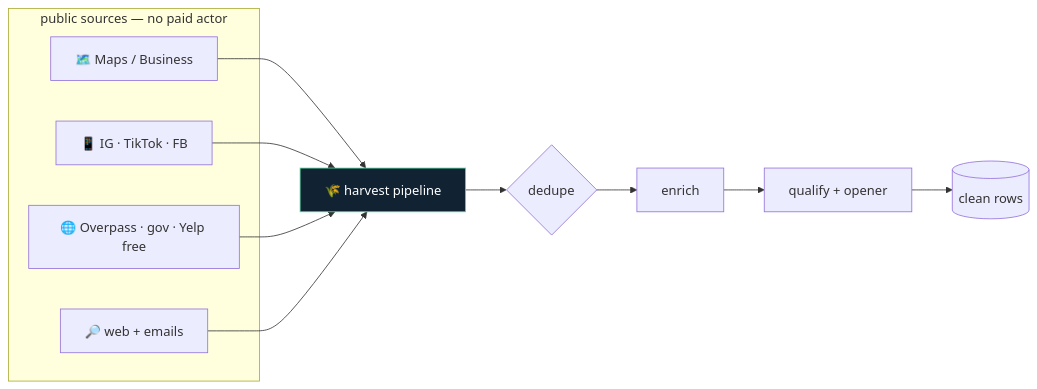
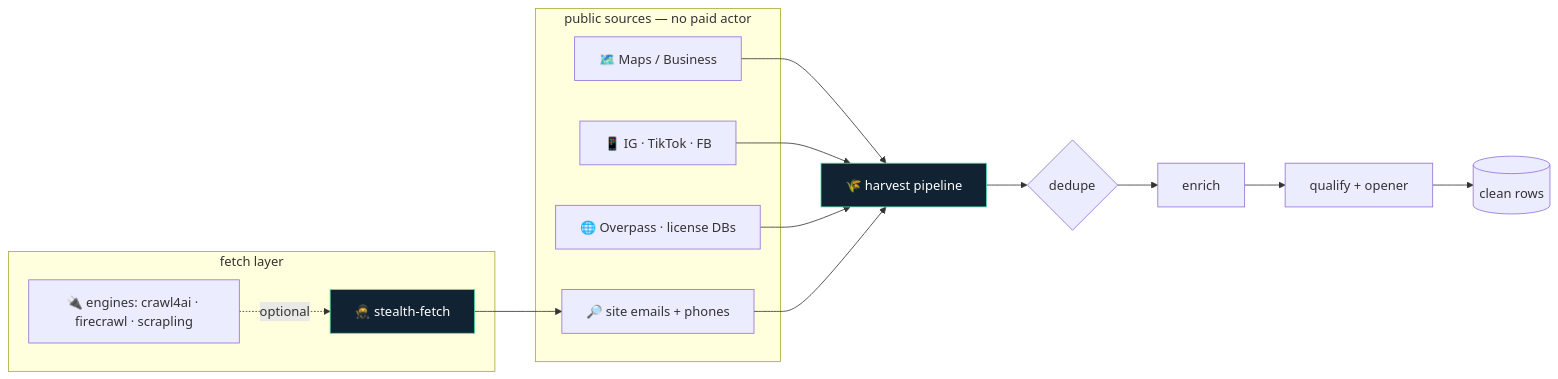
One commit to Wassimyounes01/apify-replacement changed the diagram in README.md. Above: the diagram before and after it, drawn with Mermaid. The commit also changed other lines of this file and 9 other files, not shown here.

Commit message:
feat: open-data scrapers, stealth fetcher + crawl4ai/firecrawl/scrapling engines

````diff
--- a/README.md
+++ b/README.md
@@ -47,19 +50,26 @@
 ```mermaid
 flowchart LR
     subgraph Sources["public sources — no paid actor"]
       M["🗺️ Maps / Business"]
       S["📱 IG · TikTok · FB"]
-      O["🌐 Overpass · gov · Yelp free"]
-      W["🔎 web + emails"]
+      O["🌐 Overpass · license DBs"]
+      W["🔎 site emails + phones"]
     end
+    subgraph Fetch["fetch layer"]
+      SF["🥷 stealth-fetch"]
+      EN["🔌 engines: crawl4ai · firecrawl · scrapling"]
+    end
+    EN -.optional.-> SF
+    SF --> W
     M --> P
     S --> P
     O --> P
     W --> P
     P["🌾 harvest pipeline"] --> D{"dedupe"}
     D --> E["enrich"]
     E --> Q["qualify + opener"]
     Q --> OUT[("clean rows")]
     classDef acc fill:#123,stroke:#56E0A0,color:#fff;
     class P acc;
+    class SF acc;
 ```
````
